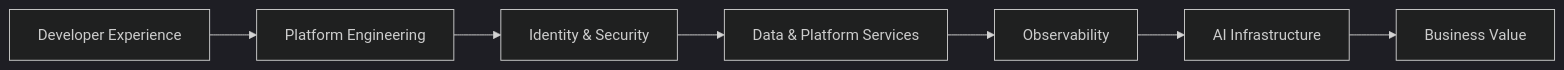
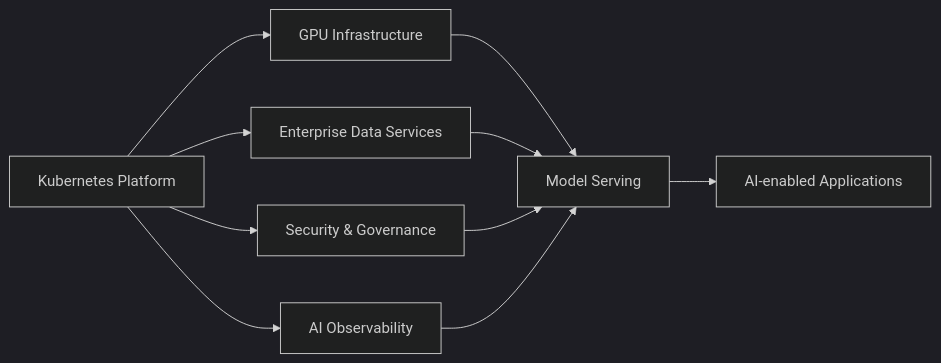
One commit to edwin-omoigui/platform-architecture-portfolio changed the fifth of 5 diagrams in README.md. Above: the diagram before and after it, drawn with Mermaid (dark theme). The commit also changed other lines of this file and 19 other files, not shown here.

````diff
--- a/README.md
+++ b/README.md
@@ -66,9 +123,14 @@
 ```mermaid
 flowchart LR
-    A[Developer Experience] --> B[Platform Engineering]
-    B --> C[Identity & Security]
-    C --> D[Data & Platform Services]
-    D --> E[Observability]
-    E --> F[AI Infrastructure]
-    F --> G[Business Value]
+    Platform[Kubernetes Platform] --> GPU[GPU Infrastructure]
+    Platform --> Data[Enterprise Data Services]
+    Platform --> Security[Security & Governance]
+    Platform --> Obs[AI Observability]
+
+    GPU --> Serving[Model Serving]
+    Data --> Serving
+    Security --> Serving
+    Obs --> Serving
+
+    Serving --> AIApps[AI-enabled Applications]
 ```
````
